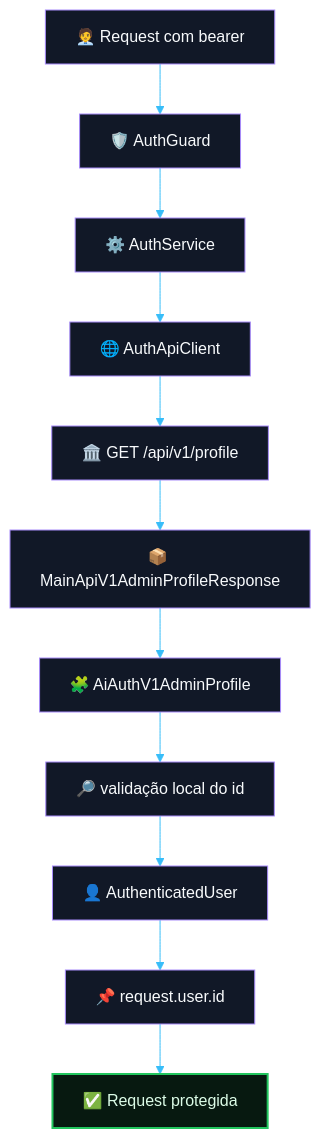
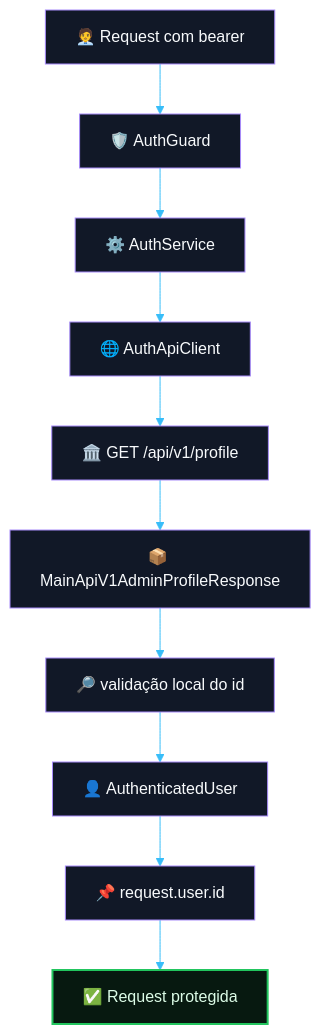
One commit to matheusdiamantino-betalent/questions-ai changed the diagram in PR 06 — Fase 1: Foundation do Auth Delegado.md. Above: the diagram before and after it, drawn with Mermaid. The commit also changed other lines of this file, not shown here.

Commit message:
Update PR 06 — Fase 1: Foundation do Auth Delegado.md

````diff
--- a/PR 06 — Fase 1: Foundation do Auth Delegado.md
+++ b/PR 06 — Fase 1: Foundation do Auth Delegado.md
@@ -293,32 +262,31 @@
 ```mermaid
 %%{init: {
   "theme": "base",
   "themeVariables": {
     "background": "#090d1a",
     "primaryColor": "#111827",
     "primaryTextColor": "#f8fafc",
     "primaryBorderColor": "#a78bfa",
     "lineColor": "#38bdf8",
     "secondaryColor": "#0f172a",
     "secondaryTextColor": "#f9a8d4",
     "secondaryBorderColor": "#ec4899",
     "tertiaryColor": "#111827",
     "tertiaryTextColor": "#86efac",
     "tertiaryBorderColor": "#22c55e",
     "fontFamily": "Inter, Segoe UI, Arial"
   }
 }}%%
 flowchart TD
     A["🧑‍💼 Request com bearer"] --> B["🛡️ AuthGuard"]
     B --> C["⚙️ AuthService"]
     C --> D["🌐 AuthApiClient"]
     D --> E["🏛️ GET /api/v1/profile"]
     E --> F["📦 MainApiV1AdminProfileResponse"]
-    F --> G["🧩 AiAuthV1AdminProfile"]
-    G --> H["🔎 validação local do id"]
-    H --> I["👤 AuthenticatedUser"]
-    I --> J["📌 request.user.id"]
-    J --> K["✅ Request protegida"]
+    F --> G["🔎 validação local do id"]
+    G --> H["👤 AuthenticatedUser"]
+    H --> I["📌 request.user.id"]
+    I --> J["✅ Request protegida"]
 
-    style K fill:#071910,stroke:#22c55e,stroke-width:2px,color:#dcfce7
+    style J fill:#071910,stroke:#22c55e,stroke-width:2px,color:#dcfce7
 ```
````
